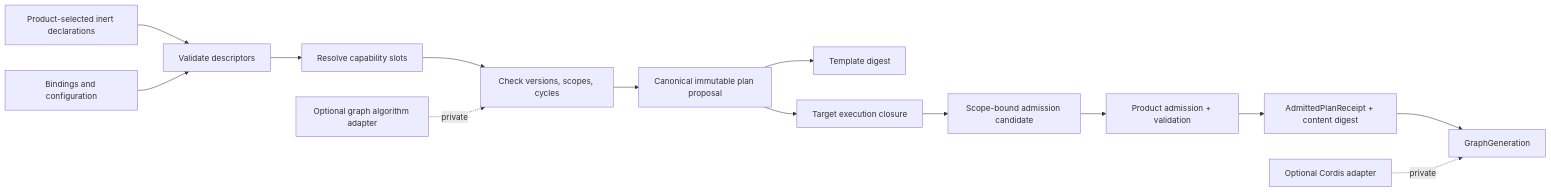
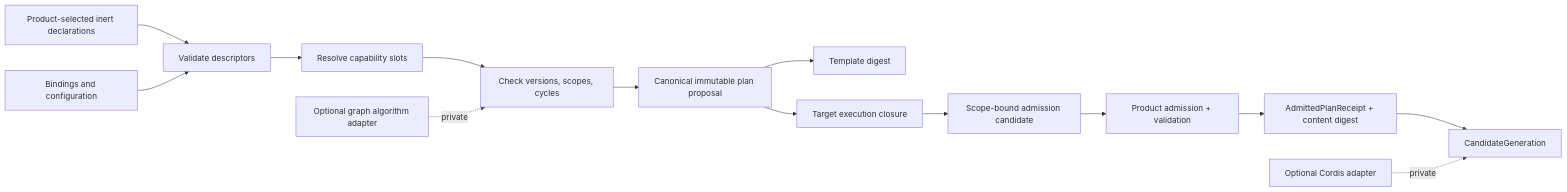
The first of 3 diagrams in docs/qualification/universal-module-extension-system/module-graph.md (agent-teams-ai/extension-foundation), drawn with Mermaid before and after one commit. The commit also changed other lines of this file and 11 other files, not shown here.

````diff
--- a/docs/qualification/universal-module-extension-system/module-graph.md
+++ b/docs/qualification/universal-module-extension-system/module-graph.md
@@ -28,17 +28,17 @@
 ```mermaid
 flowchart LR
     Definitions["Product-selected inert declarations"] --> Parse["Validate descriptors"]
     Profile["Bindings and configuration"] --> Parse
     Parse --> Resolve["Resolve capability slots"]
     Resolve --> Check["Check versions, scopes, cycles"]
     Check --> Plan["Canonical immutable plan proposal"]
     Plan --> TemplateDigest["Template digest"]
     Plan --> Target["Target execution closure"]
     Target --> Scope["Scope-bound admission candidate"]
     Scope --> Admit["Product admission + validation"]
     Admit --> Receipt["AdmittedPlanReceipt + content digest"]
-    Receipt --> Activate["GraphGeneration"]
+    Receipt --> Activate["CandidateGeneration"]
 
     Cordis["Optional Cordis adapter"] -. private .-> Activate
     Graphlib["Optional graph algorithm adapter"] -. private .-> Check
 ```
````
